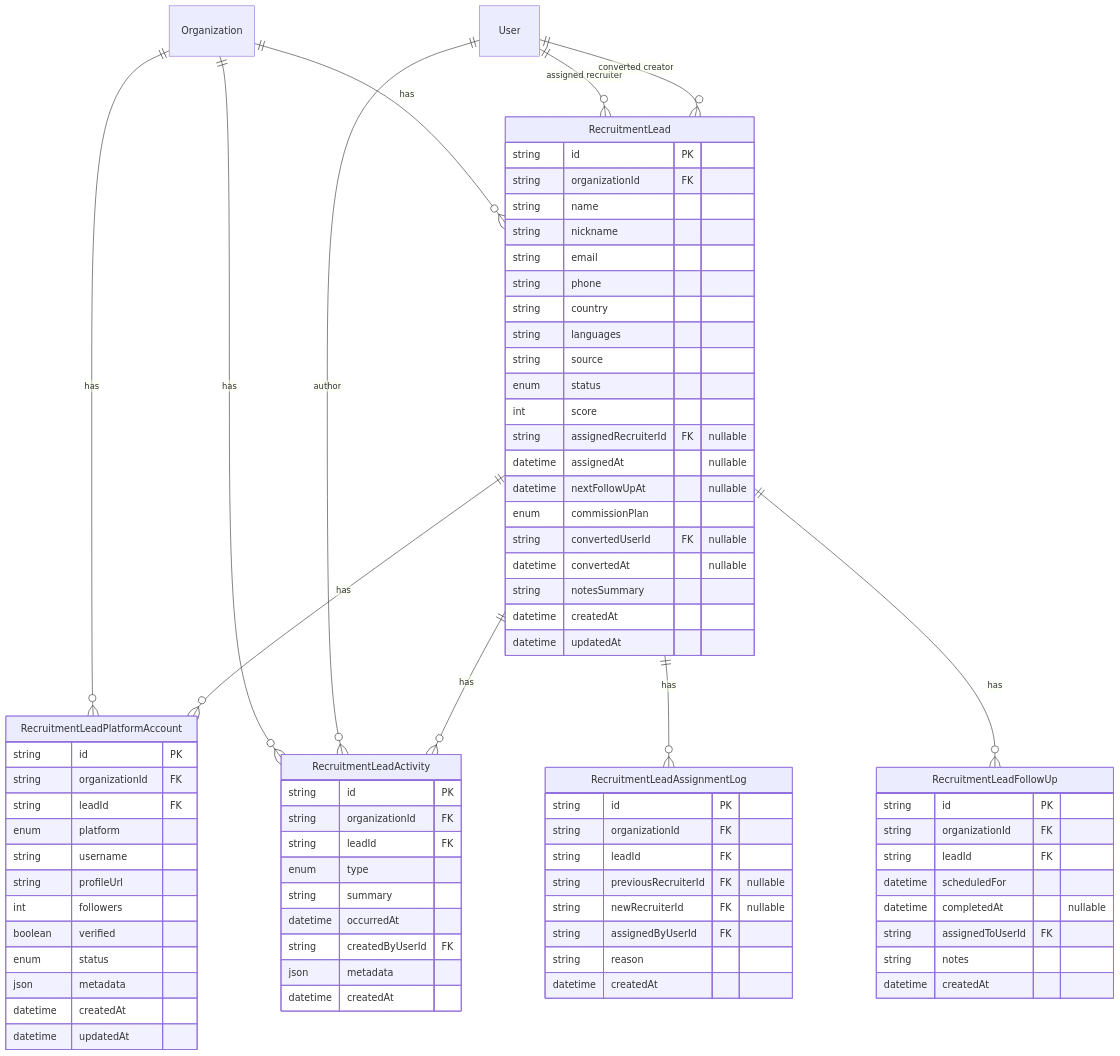
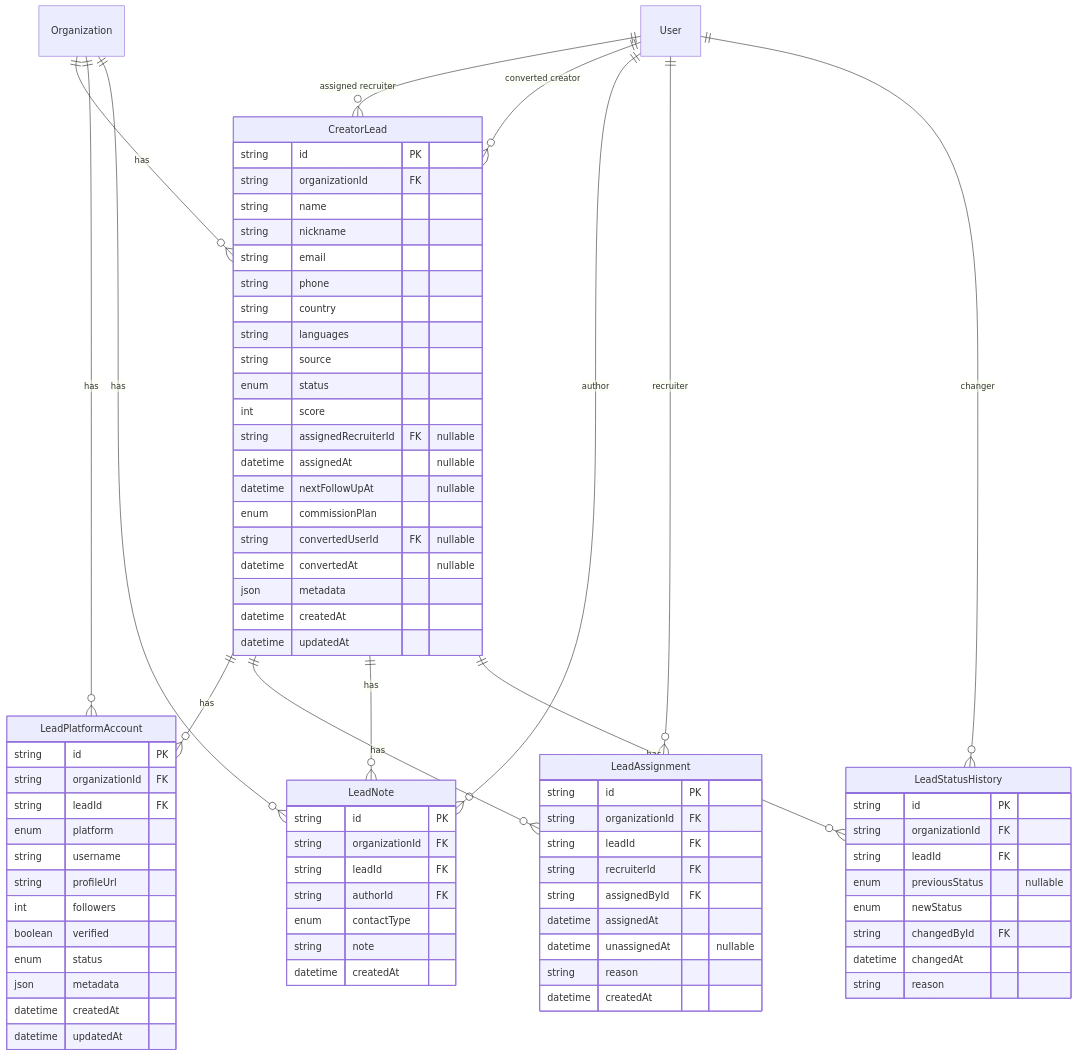
Before and after one commit to kolab-kevin/kolab-platform: the diagram in docs/database/recruitment-crm-erd.md, drawn with Mermaid. The commit also changed other lines of this file and 3 other files, not shown here.

Commit message:
feat(database): add recruitment crm schema

````diff
--- a/docs/database/recruitment-crm-erd.md
+++ b/docs/database/recruitment-crm-erd.md
@@ -18,19 +20,21 @@
 ```mermaid
 erDiagram
-  Organization ||--o{ RecruitmentLead : has
-  Organization ||--o{ RecruitmentLeadPlatformAccount : has
-  Organization ||--o{ RecruitmentLeadActivity : has
+  Organization ||--o{ CreatorLead : has
+  Organization ||--o{ LeadPlatformAccount : has
+  Organization ||--o{ LeadNote : has
 
-  User ||--o{ RecruitmentLead : "assigned recruiter"
-  User ||--o{ RecruitmentLead : "converted creator"
-  User ||--o{ RecruitmentLeadActivity : author
+  User ||--o{ CreatorLead : "assigned recruiter"
+  User ||--o{ CreatorLead : "converted creator"
+  User ||--o{ LeadNote : author
+  User ||--o{ LeadAssignment : recruiter
+  User ||--o{ LeadStatusHistory : changer
 
-  RecruitmentLead ||--o{ RecruitmentLeadPlatformAccount : has
-  RecruitmentLead ||--o{ RecruitmentLeadActivity : has
-  RecruitmentLead ||--o{ RecruitmentLeadAssignmentLog : has
-  RecruitmentLead ||--o{ RecruitmentLeadFollowUp : has
+  CreatorLead ||--o{ LeadPlatformAccount : has
+  CreatorLead ||--o{ LeadAssignment : has
+  CreatorLead ||--o{ LeadNote : has
+  CreatorLead ||--o{ LeadStatusHistory : has
 
-  RecruitmentLead {
+  CreatorLead {
     string id PK
     string organizationId FK
     string name
@@ -48,12 +52,12 @@
     enum commissionPlan
     string convertedUserId FK "nullable"
     datetime convertedAt "nullable"
-    string notesSummary
+    json metadata
     datetime createdAt
     datetime updatedAt
   }
 
-  RecruitmentLeadPlatformAccount {
+  LeadPlatformAccount {
     string id PK
     string organizationId FK
     string leadId FK
@@ -68,37 +72,36 @@
     datetime updatedAt
   }
 
-  RecruitmentLeadActivity {
+  LeadAssignment {
     string id PK
     string organizationId FK
     string leadId FK
-    enum type
-    string summary
-    datetime occurredAt
-    string createdByUserId FK
-    json metadata
-    datetime createdAt
-  }
-
-  RecruitmentLeadAssignmentLog {
-    string id PK
-    string organizationId FK
-    string leadId FK
-    string previousRecruiterId FK "nullable"
-    string newRecruiterId FK "nullable"
-    string assignedByUserId FK
+    string recruiterId FK
+    string assignedById FK
+    datetime assignedAt
+    datetime unassignedAt "nullable"
     string reason
     datetime createdAt
   }
 
-  RecruitmentLeadFollowUp {
+  LeadNote {
     string id PK
     string organizationId FK
     string leadId FK
-    datetime scheduledFor
-    datetime completedAt "nullable"
-    string assignedToUserId FK
-    string notes
+    string authorId FK
+    enum contactType
+    string note
     datetime createdAt
   }
+
+  LeadStatusHistory {
+    string id PK
+    string organizationId FK
+    string leadId FK
+    enum previousStatus "nullable"
+    enum newStatus
+    string changedById FK
+    datetime changedAt
+    string reason
+  }
 ```
````
